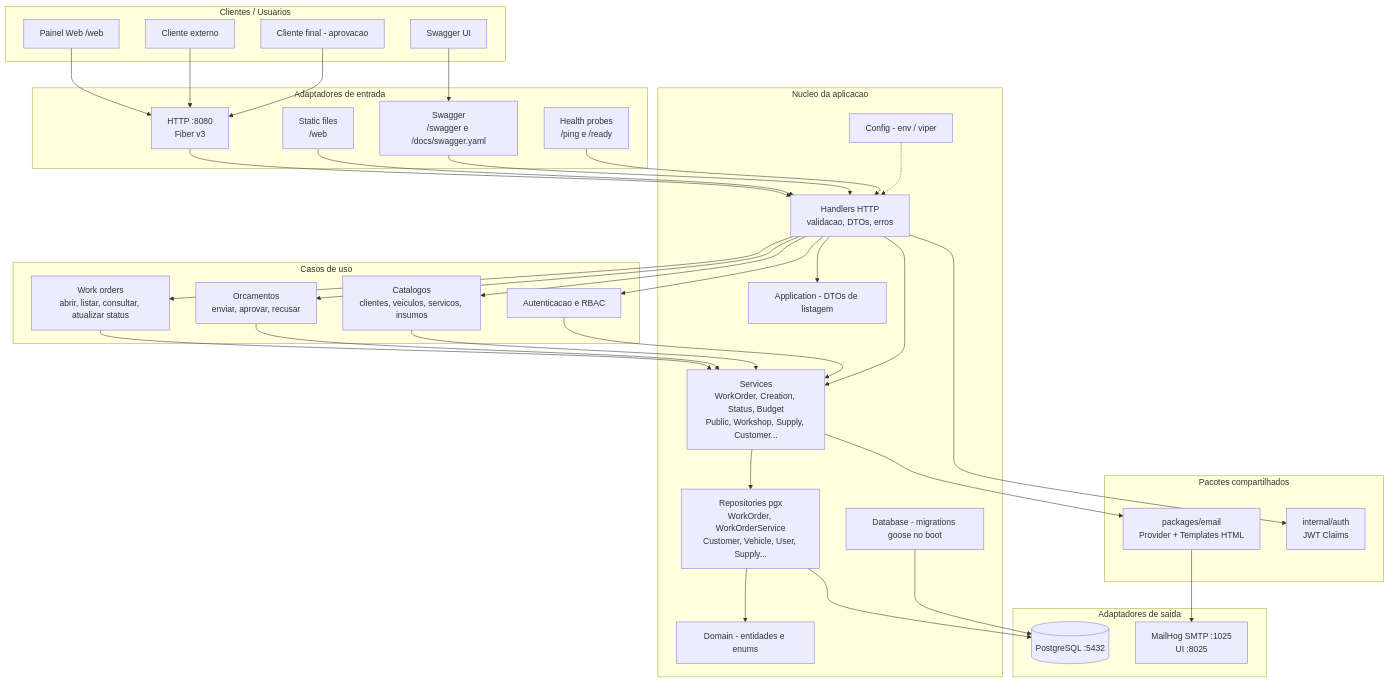
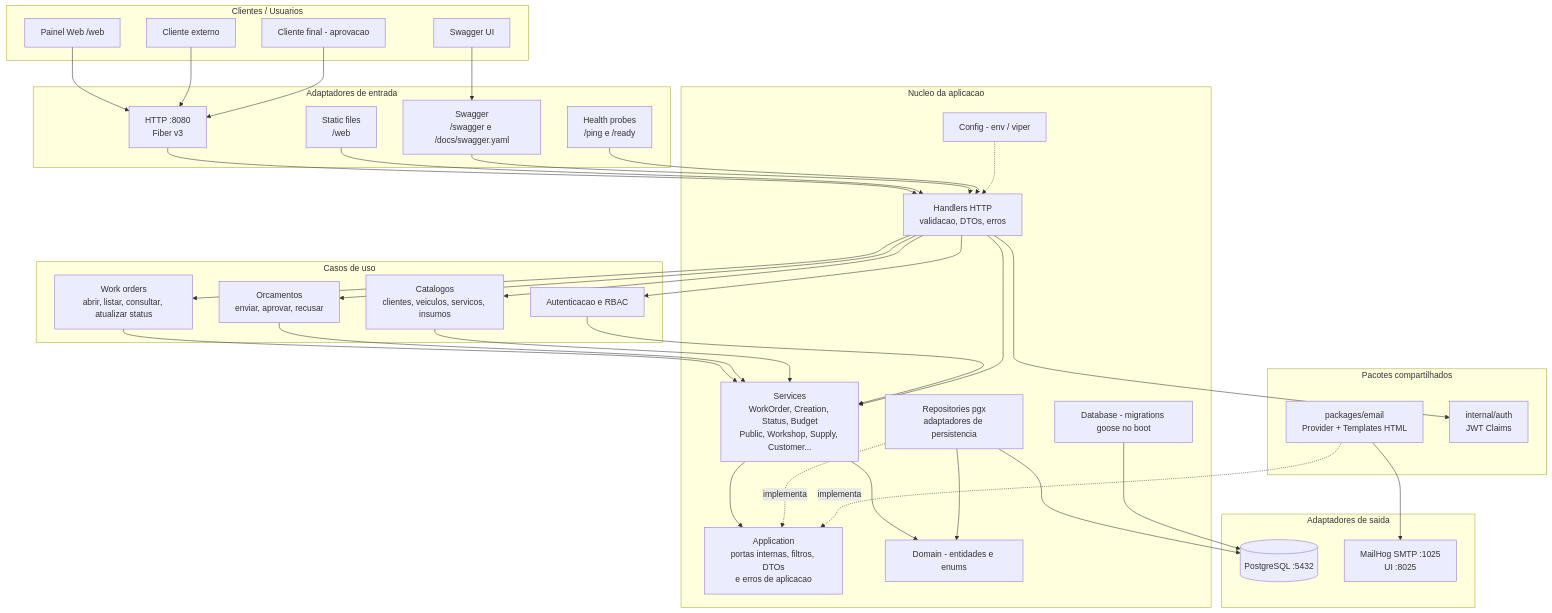
Before and after one commit to SOAT-15-Oficina/15soat-tech-challenge: the first of 7 diagrams in README.md, drawn with Mermaid. The commit also changed other lines of this file, not shown here.

Commit message:
Atualiza README da arquitetura

````diff
--- a/README.md
+++ b/README.md
@@ -21,71 +21,72 @@
 ```mermaid
 flowchart TB
     subgraph clients [Clientes / Usuarios]
         WEB[Painel Web /web]
         SWAG[Swagger UI]
         EXT[Cliente externo]
         PUB[Cliente final - aprovacao]
     end
 
     subgraph inbound [Adaptadores de entrada]
         HTTP[HTTP :8080<br/>Fiber v3]
         STATIC[Static files<br/>/web]
         DOCS[Swagger<br/>/swagger e /docs/swagger.yaml]
         HEALTH[Health probes<br/>/ping e /ready]
     end
 
     subgraph app [Casos de uso]
         WO[Work orders<br/>abrir, listar, consultar, atualizar status]
         BUDGET[Orcamentos<br/>enviar, aprovar, recusar]
         CATALOG[Catalogos<br/>clientes, veiculos, servicos, insumos]
         AUTHZ[Autenticacao e RBAC]
     end
 
     subgraph api [Nucleo da aplicacao]
         H[Handlers HTTP<br/>validacao, DTOs, erros]
         S[Services<br/>WorkOrder, Creation, Status, Budget<br/>Public, Workshop, Supply, Customer...]
-        R[Repositories pgx<br/>WorkOrder, WorkOrderService<br/>Customer, Vehicle, User, Supply...]
+        APP[Application<br/>portas internas, filtros, DTOs<br/>e erros de aplicacao]
+        R[Repositories pgx<br/>adaptadores de persistencia]
         DOM[Domain - entidades e enums]
-        APP[Application - DTOs de listagem]
         CFG[Config - env / viper]
         MIG[Database - migrations goose no boot]
     end
 
     subgraph outbound [Adaptadores de saida]
         PG[(PostgreSQL :5432)]
         MAILHOG[MailHog SMTP :1025<br/>UI :8025]
     end
 
     subgraph pkgs [Pacotes compartilhados]
         EMAILPKG[packages/email<br/>Provider + Templates HTML]
         AUTH[internal/auth<br/>JWT Claims]
     end
 
     WEB --> HTTP
     SWAG --> DOCS
     EXT --> HTTP
     PUB --> HTTP
     HTTP --> H
     STATIC --> H
     DOCS --> H
     HEALTH --> H
 
     H --> WO
     H --> BUDGET
     H --> CATALOG
     H --> AUTHZ
     WO --> S
     BUDGET --> S
     CATALOG --> S
     AUTHZ --> S
     H --> AUTH
     H --> S
-    H --> APP
-    S --> R
-    S --> EMAILPKG
+    S --> APP
+    S --> DOM
+    R -. implementa .-> APP
+    EMAILPKG -. implementa .-> APP
     EMAILPKG --> MAILHOG
     R --> DOM
     R --> PG
     MIG --> PG
     CFG -.-> H
 ```
````
